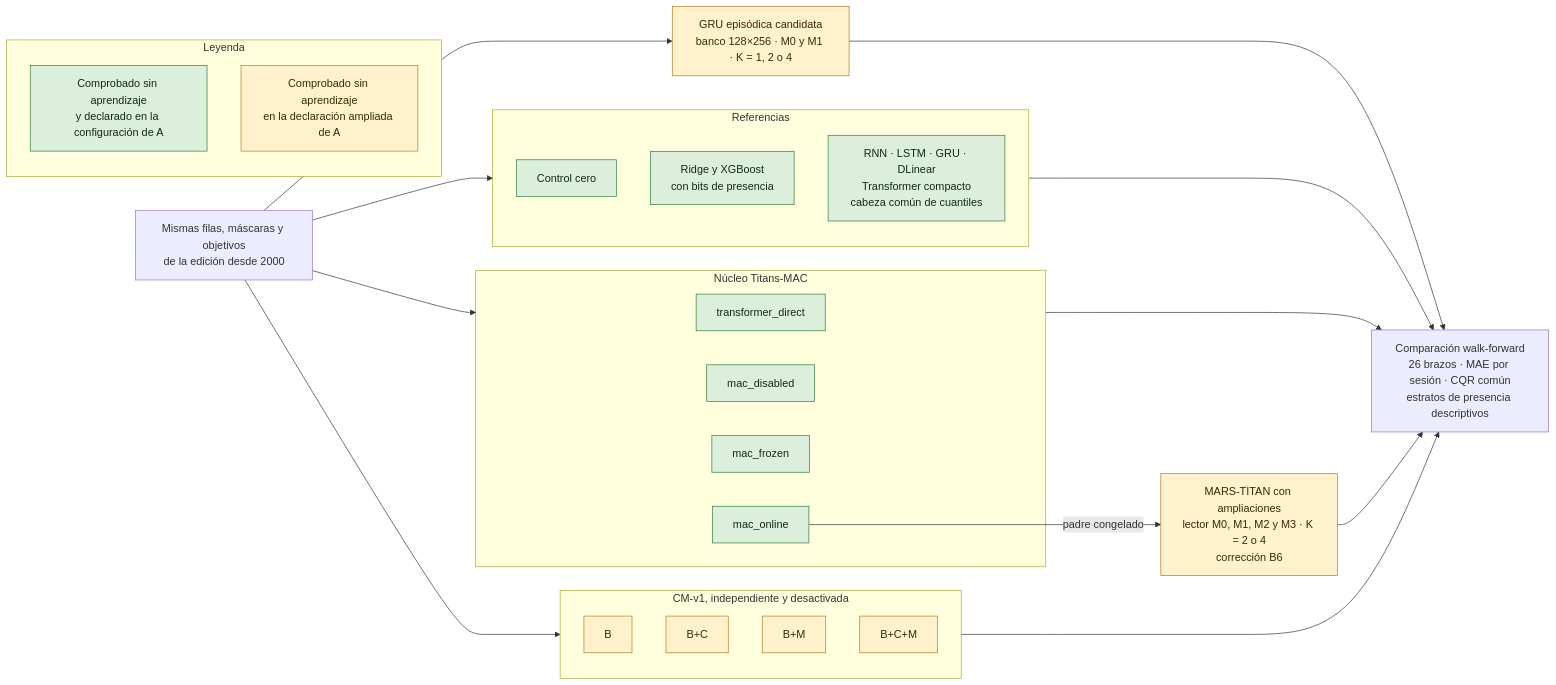
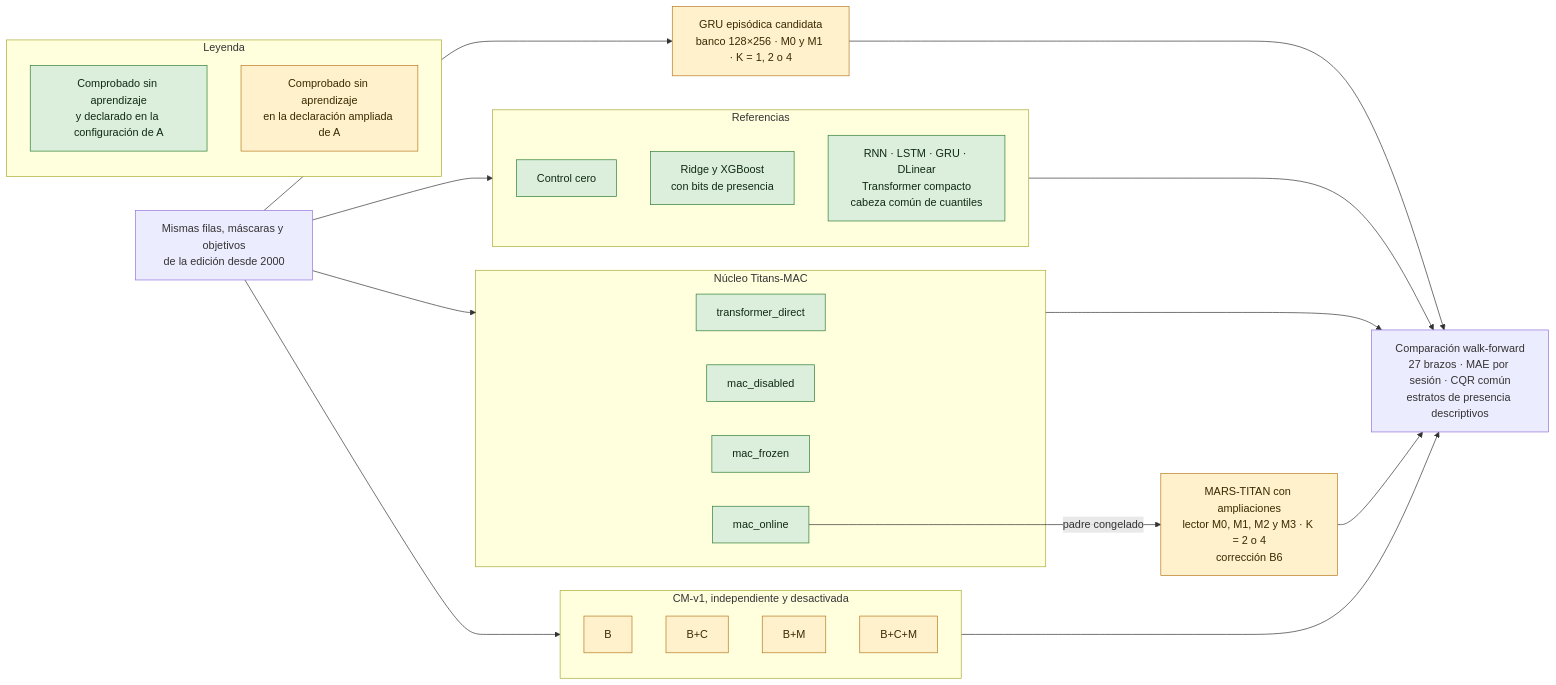
Before and after one commit to GonxKZ/mars-titan: the second of 3 diagrams in README.md, drawn with Mermaid. The commit also changed 4 other files, not shown here.

````diff
--- a/README.md
+++ b/README.md
@@ -81,49 +81,49 @@
 ```mermaid
 flowchart LR
     D["Mismas filas, máscaras y objetivos<br/>de la edición desde 2000"]
 
     subgraph REF["Referencias"]
         Z["Control cero"]:::comprobado
         TAB["Ridge y XGBoost<br/>con bits de presencia"]:::comprobado
         NEU["RNN · LSTM · GRU · DLinear<br/>Transformer compacto<br/>cabeza común de cuantiles"]:::comprobado
     end
 
     G["GRU episódica candidata<br/>banco 128×256 · M0 y M1 · K = 1, 2 o 4"]:::parcial
 
     subgraph TIT["Núcleo Titans-MAC"]
         T1["transformer_direct"]:::comprobado
         T2["mac_disabled"]:::comprobado
         T3["mac_frozen"]:::comprobado
         T4["mac_online"]:::comprobado
     end
 
     M["MARS-TITAN con ampliaciones<br/>lector M0, M1, M2 y M3 · K = 2 o 4<br/>corrección B6"]:::parcial
 
     subgraph CM["CM-v1, independiente y desactivada"]
         C1["B"]:::parcial
         C2["B+C"]:::parcial
         C3["B+M"]:::parcial
         C4["B+C+M"]:::parcial
     end
 
-    EV["Comparación walk-forward<br/>26 brazos · MAE por sesión · CQR común<br/>estratos de presencia descriptivos"]
+    EV["Comparación walk-forward<br/>27 brazos · MAE por sesión · CQR común<br/>estratos de presencia descriptivos"]
 
     D --> REF
     D --> G
     D --> TIT
     D --> CM
     T4 -- padre congelado --> M
     REF --> EV
     G --> EV
     TIT --> EV
     M --> EV
     CM --> EV
 
     subgraph LEY["Leyenda"]
         L1["Comprobado sin aprendizaje<br/>y declarado en la configuración de A"]:::comprobado
         L2["Comprobado sin aprendizaje<br/>en la declaración ampliada de A"]:::parcial
     end
 
     classDef comprobado fill:#dcefdc,stroke:#2e7d32,color:#102a12
     classDef parcial fill:#fff1cc,stroke:#b7791f,color:#3a2a00
 ```
````
